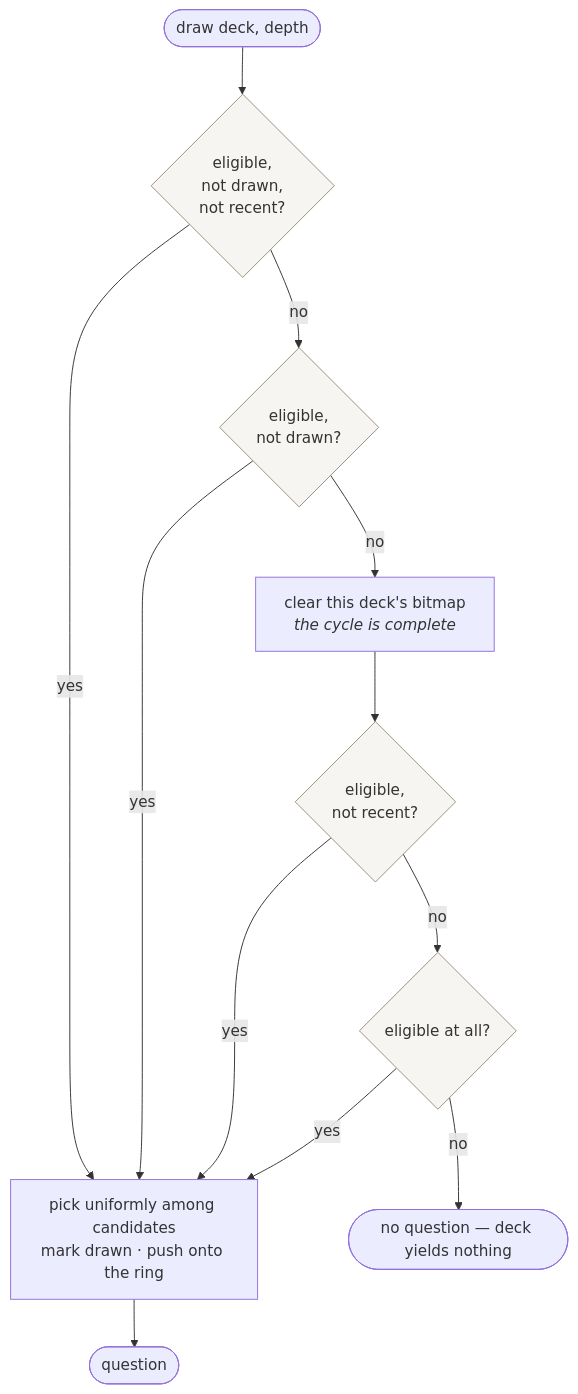
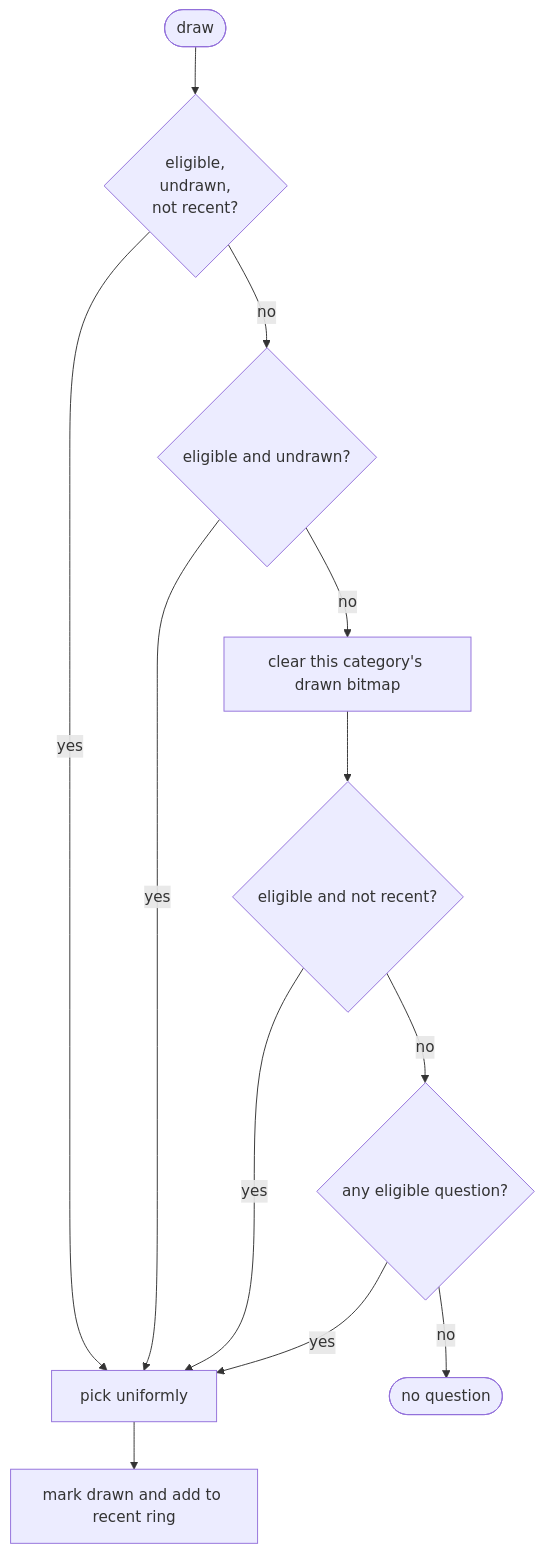
One commit to giacomomellone/cicala changed the third of 9 diagrams in docs/firmware_architecture.md. Above: the diagram before and after it, drawn with Mermaid. The commit also changed other lines of this file and 259 other files, not shown here.

````diff
--- a/docs/firmware_architecture.md
+++ b/docs/firmware_architecture.md
@@ -250,17 +141,14 @@
 ```mermaid
 flowchart TB
-    START([draw deck, depth]) --> A{"eligible,<br/>not drawn,<br/>not recent?"}
-    A -- yes --> PICK
-    A -- no --> B{"eligible,<br/>not drawn?"}
+    START([draw]) --> A{eligible,<br/>undrawn,<br/>not recent?}
+    A -- yes --> PICK[pick uniformly]
+    A -- no --> B{eligible and undrawn?}
     B -- yes --> PICK
-    B -- no --> RESET["clear this deck's bitmap<br/><i>the cycle is complete</i>"]
-    RESET --> C{"eligible,<br/>not recent?"}
+    B -- no --> RESET[clear this category's drawn bitmap]
+    RESET --> C{eligible and not recent?}
     C -- yes --> PICK
-    C -- no --> D{"eligible at all?"}
+    C -- no --> D{any eligible question?}
     D -- yes --> PICK
-    D -- no --> FAIL([no question — deck yields nothing])
-    PICK["pick uniformly among candidates<br/>mark drawn · push onto the ring"] --> OUT([question])
-
-    classDef q fill:#f7f5f1,stroke:#9a8f7d
-    class A,B,C,D q
+    D -- no --> FAIL([no question])
+    PICK --> MARK[mark drawn and add to recent ring]
 ```
````
